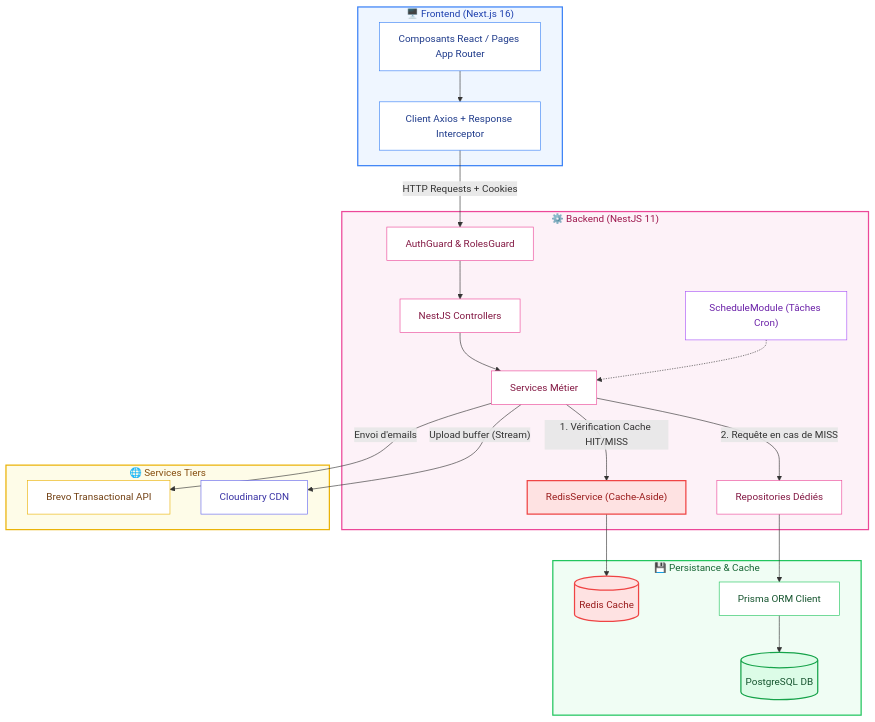
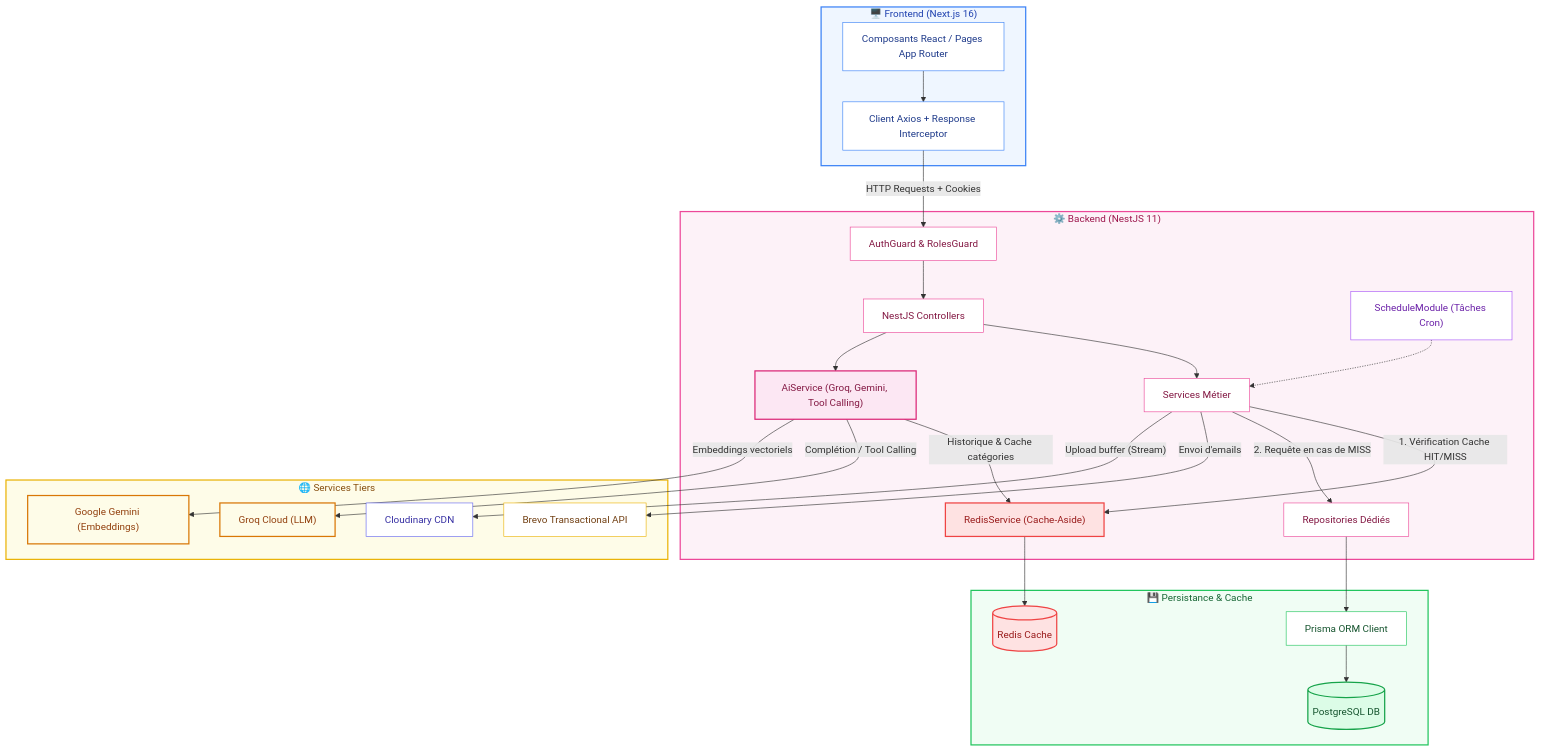
Before and after one commit to rihem-akermi/freeForU: the first of 11 diagrams in README.md, drawn with Mermaid. The commit also changed other lines of this file and 2 other files, not shown here.

````diff
--- a/README.md
+++ b/README.md
@@ -120,59 +120,69 @@
 ```mermaid
 flowchart TD
     subgraph Frontend["🖥️ Frontend (Next.js 16)"]
         UI["Composants React / Pages App Router"]
         AxiosClient["Client Axios + Response Interceptor"]
         UI --> AxiosClient
     end
 
     subgraph Backend["⚙️ Backend (NestJS 11)"]
         Guard["AuthGuard & RolesGuard"]
         Controller["NestJS Controllers"]
         Service["Services Métier"]
+        AiServ["AiService (Groq, Gemini, Tool Calling)"]
         RedisServ["RedisService (Cache-Aside)"]
         Repo["Repositories Dédiés"]
         CronTask["ScheduleModule (Tâches Cron)"]
 
         AxiosClient -->|"HTTP Requests + Cookies"| Guard
         Guard --> Controller
         Controller --> Service
+        Controller --> AiServ
         CronTask -.-> Service
         Service -->|"1. Vérification Cache HIT/MISS"| RedisServ
         Service -->|"2. Requête en cas de MISS"| Repo
+        AiServ -->|"Historique & Cache catégories"| RedisServ
     end
 
     subgraph Data["💾 Persistance & Cache"]
         Redis[(Redis Cache)]
         Prisma["Prisma ORM Client"]
         Postgres[(PostgreSQL DB)]
         RedisServ --> Redis
         Repo --> Prisma
         Prisma --> Postgres
     end
 
     subgraph External["🌐 Services Tiers"]
         BrevoAPI["Brevo Transactional API"]
         CloudinaryAPI["Cloudinary CDN"]
+        GroqAPI["Groq Cloud (LLM)"]
+        GeminiAPI["Google Gemini (Embeddings)"]
         Service -->|"Envoi d'emails"| BrevoAPI
         Service -->|"Upload buffer (Stream)"| CloudinaryAPI
+        AiServ -->|"Complétion / Tool Calling"| GroqAPI
+        AiServ -->|"Embeddings vectoriels"| GeminiAPI
     end
 
     style Frontend fill:#eff6ff,stroke:#3b82f6,stroke-width:2px,color:#1e40af
     style Backend fill:#fdf2f8,stroke:#ec4899,stroke-width:2px,color:#9d174d
     style Data fill:#f0fdf4,stroke:#22c55e,stroke-width:2px,color:#166534
     style External fill:#fefce8,stroke:#eab308,stroke-width:2px,color:#854d0e
 
     style UI fill:#ffffff,stroke:#3b82f6,color:#1e3a8a
     style AxiosClient fill:#ffffff,stroke:#3b82f6,color:#1e3a8a
     style Guard fill:#ffffff,stroke:#ec4899,color:#831843
     style Controller fill:#ffffff,stroke:#ec4899,color:#831843
     style Service fill:#ffffff,stroke:#ec4899,color:#831843
+    style AiServ fill:#fce7f3,stroke:#db2777,stroke-width:2px,color:#831843
     style RedisServ fill:#fee2e2,stroke:#ef4444,stroke-width:2px,color:#991b1b
     style Repo fill:#ffffff,stroke:#ec4899,color:#831843
     style CronTask fill:#ffffff,stroke:#a855f7,color:#6b21a8
     style Redis fill:#fee2e2,stroke:#ef4444,stroke-width:2px,color:#991b1b
     style Prisma fill:#ffffff,stroke:#22c55e,color:#14532d
     style Postgres fill:#dcfce7,stroke:#16a34a,stroke-width:2px,color:#14532d
     style BrevoAPI fill:#ffffff,stroke:#eab308,color:#713f12
     style CloudinaryAPI fill:#ffffff,stroke:#6366f1,color:#3730a3
+    style GroqAPI fill:#fefce8,stroke:#d97706,stroke-width:2px,color:#92400e
+    style GeminiAPI fill:#fefce8,stroke:#d97706,stroke-width:2px,color:#92400e
 ```
````
